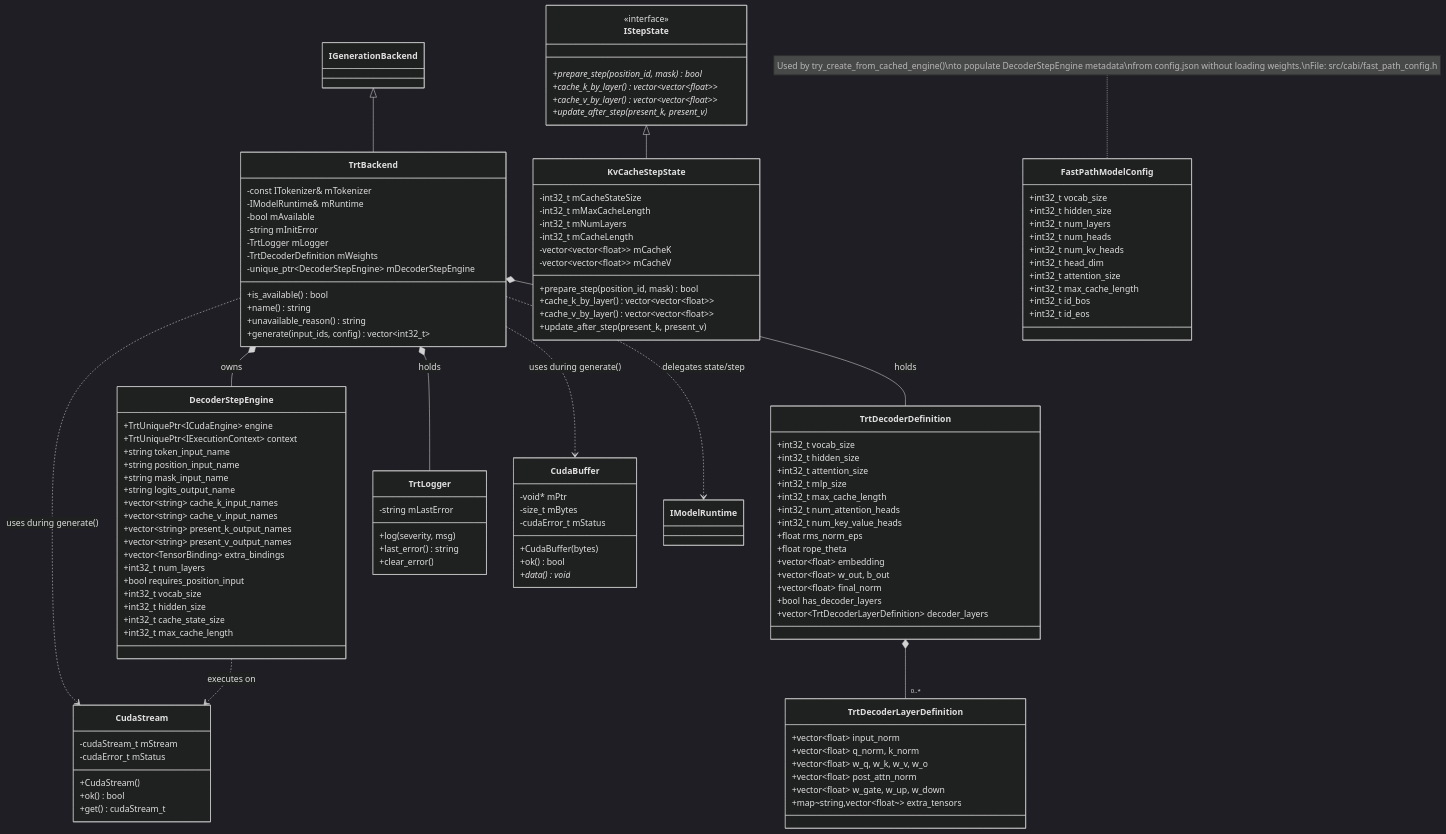
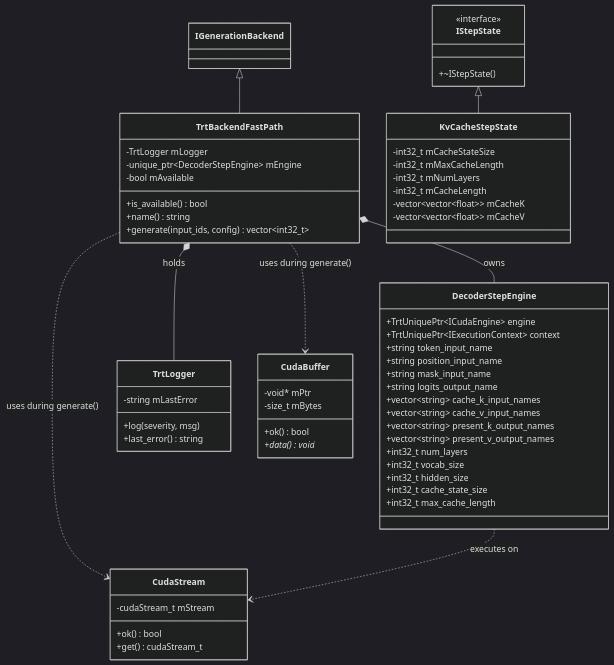
The second of 3 diagrams in docs/wiki/Static-Design.md (AbishekCoder1/TensorRT-Model-Connect), drawn with Mermaid (dark theme) before and after one commit. The commit also changed other lines of this file and 108 other files, not shown here.

````diff
--- a/docs/wiki/Static-Design.md
+++ b/docs/wiki/Static-Design.md
@@ -329,16 +100,11 @@
 ```mermaid
 classDiagram
-    class TrtBackend {
-        -const ITokenizer& mTokenizer
-        -IModelRuntime& mRuntime
+    class TrtBackendFastPath {
+        -TrtLogger mLogger
+        -unique_ptr~DecoderStepEngine~ mEngine
         -bool mAvailable
-        -string mInitError
-        -TrtLogger mLogger
-        -TrtDecoderDefinition mWeights
-        -unique_ptr~DecoderStepEngine~ mDecoderStepEngine
         +is_available() bool
         +name() string
-        +unavailable_reason() string
         +generate(input_ids, config) vector~int32_t~
     }
 
@@ -353,9 +119,7 @@
         +vector~string~ cache_v_input_names
         +vector~string~ present_k_output_names
         +vector~string~ present_v_output_names
-        +vector~TensorBinding~ extra_bindings
         +int32_t num_layers
-        +bool requires_position_input
         +int32_t vocab_size
         +int32_t hidden_size
         +int32_t cache_state_size
@@ -364,10 +128,7 @@
 
     class IStepState {
         <<interface>>
-        +prepare_step(position_id, mask)* bool
-        +cache_k_by_layer()* vector~vector~float~~
-        +cache_v_by_layer()* vector~vector~float~~
-        +update_after_step(present_k, present_v)*
+        +~IStepState()
     }
 
     class KvCacheStepState {
@@ -377,49 +138,16 @@
         -int32_t mCacheLength
         -vector~vector~float~~ mCacheK
         -vector~vector~float~~ mCacheV
-        +prepare_step(position_id, mask) bool
-        +cache_k_by_layer() vector~vector~float~~
-        +cache_v_by_layer() vector~vector~float~~
-        +update_after_step(present_k, present_v)
-    }
-
-    class TrtDecoderDefinition {
-        +int32_t vocab_size
-        +int32_t hidden_size
-        +int32_t attention_size
-        +int32_t mlp_size
-        +int32_t max_cache_length
-        +int32_t num_attention_heads
-        +int32_t num_key_value_heads
-        +float rms_norm_eps
-        +float rope_theta
-        +vector~float~ embedding
-        +vector~float~ w_out, b_out
-        +vector~float~ final_norm
-        +bool has_decoder_layers
-        +vector~TrtDecoderLayerDefinition~ decoder_layers
-    }
-
-    class TrtDecoderLayerDefinition {
-        +vector~float~ input_norm
-        +vector~float~ q_norm, k_norm
-        +vector~float~ w_q, w_k, w_v, w_o
-        +vector~float~ post_attn_norm
-        +vector~float~ w_gate, w_up, w_down
-        +map~string,vector~float~~ extra_tensors
     }
 
     class TrtLogger {
         -string mLastError
         +log(severity, msg)
         +last_error() string
-        +clear_error()
     }
 
     class CudaStream {
         -cudaStream_t mStream
-        -cudaError_t mStatus
-        +CudaStream()
         +ok() bool
         +get() cudaStream_t
     }
@@ -427,35 +155,15 @@
     class CudaBuffer {
         -void* mPtr
         -size_t mBytes
-        -cudaError_t mStatus
-        +CudaBuffer(bytes)
         +ok() bool
         +data() void*
     }
 
-    class FastPathModelConfig {
-        +int32_t vocab_size
-        +int32_t hidden_size
-        +int32_t num_layers
-        +int32_t num_heads
-        +int32_t num_kv_heads
-        +int32_t head_dim
-        +int32_t attention_size
-        +int32_t max_cache_length
-        +int32_t id_bos
-        +int32_t id_eos
-    }
-
-    IGenerationBackend <|-- TrtBackend
-    TrtBackend *-- DecoderStepEngine : owns
-    TrtBackend *-- TrtDecoderDefinition : holds
-    TrtBackend *-- TrtLogger : holds
-    TrtBackend ..> IModelRuntime : delegates state/step
-    TrtBackend ..> CudaStream : uses during generate()
-    TrtBackend ..> CudaBuffer : uses during generate()
+    IGenerationBackend <|-- TrtBackendFastPath
+    TrtBackendFastPath *-- DecoderStepEngine : owns
+    TrtBackendFastPath *-- TrtLogger : holds
+    TrtBackendFastPath ..> CudaStream : uses during generate()
+    TrtBackendFastPath ..> CudaBuffer : uses during generate()
     IStepState <|-- KvCacheStepState
-    TrtDecoderDefinition *-- "0..*" TrtDecoderLayerDefinition
     DecoderStepEngine ..> CudaStream : executes on
-
-    note for FastPathModelConfig "Used by try_create_from_cached_engine()\nto populate DecoderStepEngine metadata\nfrom config.json without loading weights.\nFile: src/cabi/fast_path_config.h"
 ```
````
